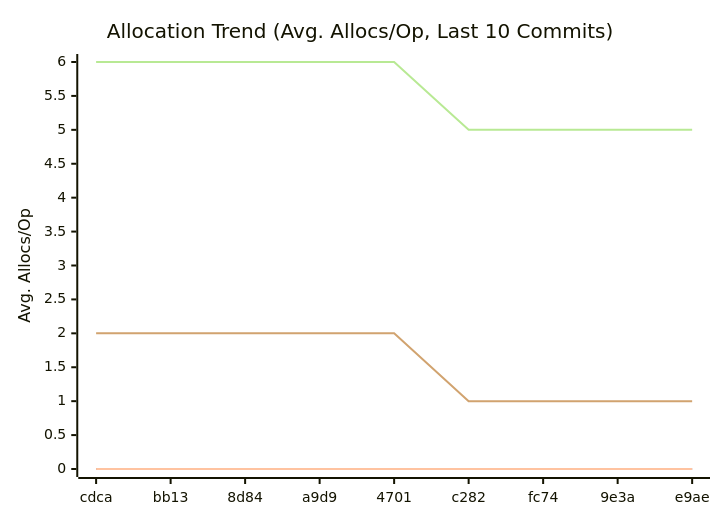
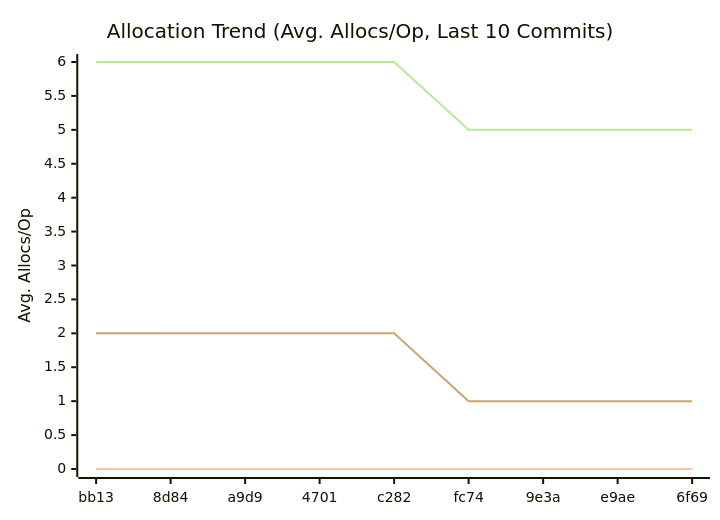
Before and after one commit to alsotoes/momo: the third of 3 diagrams in doc/README.md, drawn with Mermaid. The commit also changed other lines of this file and 1 other file, not shown here.

````diff
--- a/doc/README.md
+++ b/doc/README.md
@@ -330,13 +321,13 @@
 ```mermaid
 xychart-beta
     title "Allocation Trend (Avg. Allocs/Op, Last 10 Commits)"
     x-axis "Commit"
     y-axis "Avg. Allocs/Op"
-    x-axis [cdca,bb13,8d84,a9d9,4701,c282,fc74,9e3a,e9ae]
+    x-axis [bb13,8d84,a9d9,4701,c282,fc74,9e3a,e9ae,6f69]
     line "CheckMetricsAndSwap" [0,0,0,0,0,0,0,0,0,0]
     line "IndexDirectTracking" [0,0,0,0,0,0,0,0,0,0]
     line "IndexSearch" [0,0,0,0,0,0,0,0,0,0]
-    line "PadString" [2]
+    line "PadString" [2,2]
     line "ParseReplicationOrder_NoPrealloc" [6,6,6,6,6,5,5,5,5,5]
     line "ParseReplicationOrder_Prealloc" [2,2,2,2,2,1,1,1,1,1]
 ```
````
